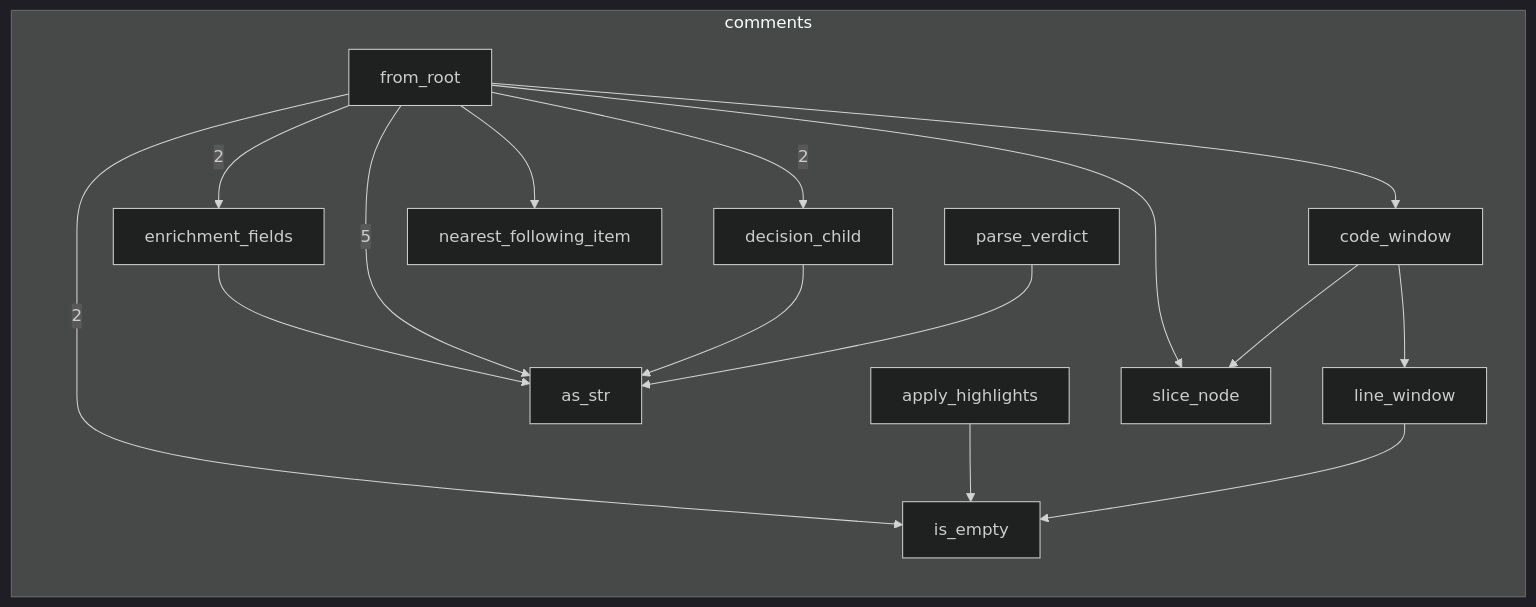
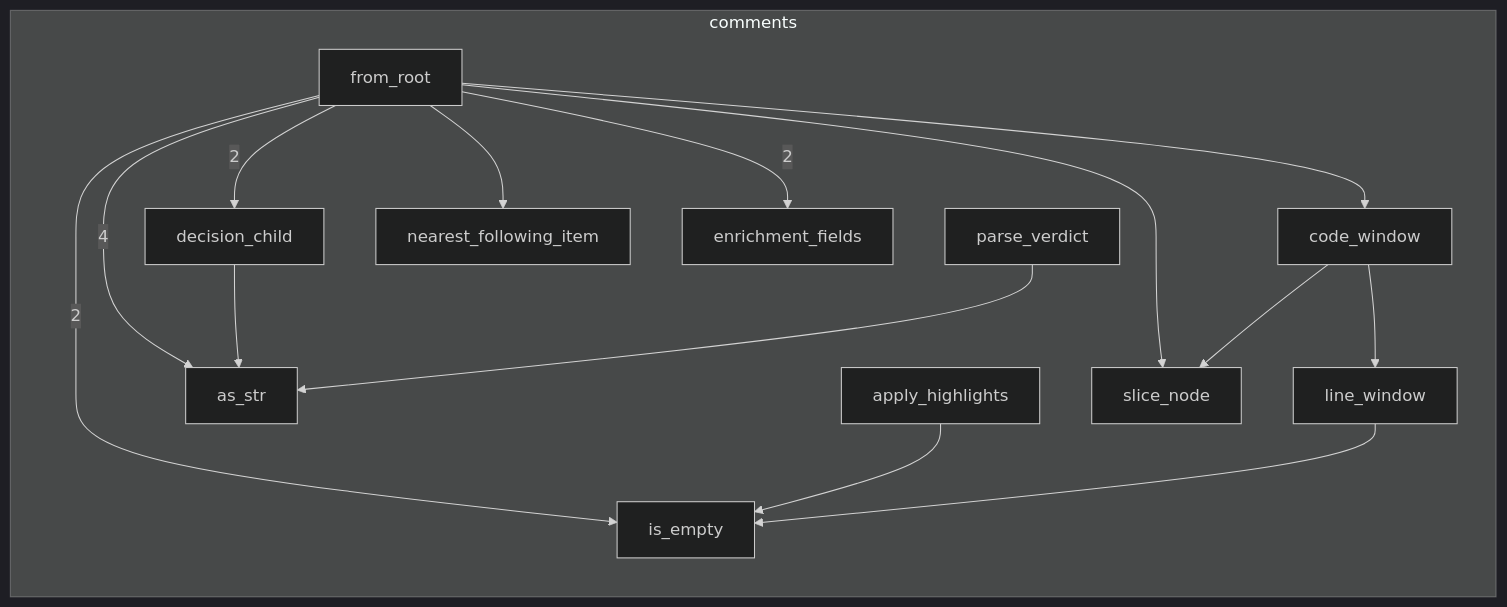
One commit to RyanGuild/self-describing-code changed the third of 3 diagrams in docs/self-model/robby_render/view/comments/index.md. Above: the diagram before and after it, drawn with Mermaid (dark theme). The commit also changed other lines of this file and 747 other files, not shown here.

````diff
--- a/docs/self-model/robby_render/view/comments/index.md
+++ b/docs/self-model/robby_render/view/comments/index.md
@@ -70,31 +54,30 @@
 ```mermaid
 flowchart TB
     subgraph n_2bf7728895532b9d["comments"]
         direction TB
         n_7d8b6f618e2e2b3d["apply_highlights"]
-        n_fab4eeebb9766d7f["as_str"]
+        n_ff7778a79352f45c["as_str"]
         n_641e5b5aeeab0279["code_window"]
         n_3768e26834af3c8a["decision_child"]
         n_c4f28ea180022df8["enrichment_fields"]
         n_9770ebfdac89aad3["from_root"]
         n_22563e829175fdb4["is_empty"]
         n_6133008ee12510fc["line_window"]
         n_b6f5763fd8852f21["nearest_following_item"]
         n_174ca23724aec60a["parse_verdict"]
         n_0f077b1dc0af073e["slice_node"]
     end
-    n_174ca23724aec60a --> n_fab4eeebb9766d7f
-    n_3768e26834af3c8a --> n_fab4eeebb9766d7f
+    n_174ca23724aec60a --> n_ff7778a79352f45c
+    n_3768e26834af3c8a --> n_ff7778a79352f45c
     n_6133008ee12510fc --> n_22563e829175fdb4
     n_641e5b5aeeab0279 --> n_0f077b1dc0af073e
     n_641e5b5aeeab0279 --> n_6133008ee12510fc
     n_7d8b6f618e2e2b3d --> n_22563e829175fdb4
     n_9770ebfdac89aad3 --> n_0f077b1dc0af073e
     n_9770ebfdac89aad3 -->|"2"| n_22563e829175fdb4
     n_9770ebfdac89aad3 -->|"2"| n_3768e26834af3c8a
     n_9770ebfdac89aad3 --> n_641e5b5aeeab0279
     n_9770ebfdac89aad3 --> n_b6f5763fd8852f21
     n_9770ebfdac89aad3 -->|"2"| n_c4f28ea180022df8
-    n_9770ebfdac89aad3 -->|"5"| n_fab4eeebb9766d7f
-    n_c4f28ea180022df8 --> n_fab4eeebb9766d7f
+    n_9770ebfdac89aad3 -->|"4"| n_ff7778a79352f45c
 ```
````
